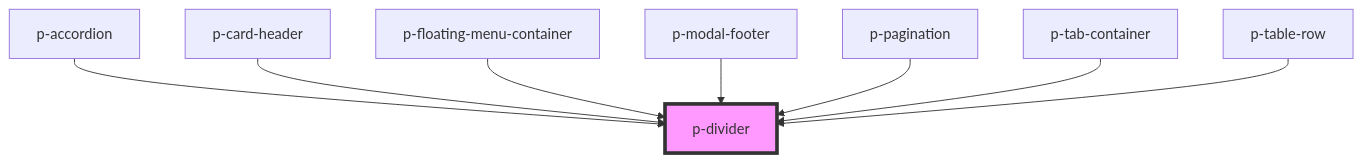
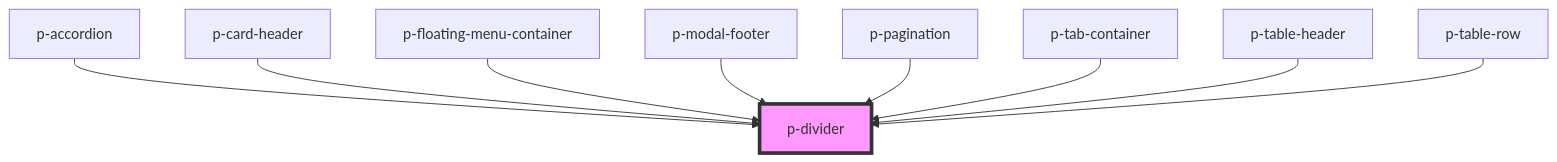
Before and after one commit to Employes/Paperless: the diagram in packages/core/src/components/atoms/divider/readme.md, drawn with Mermaid. The commit also changed other lines of this file and 118 other files, not shown here.

````diff
--- a/packages/core/src/components/atoms/divider/readme.md
+++ b/packages/core/src/components/atoms/divider/readme.md
@@ -28,11 +29,12 @@
 ```mermaid
 graph TD;
   p-accordion --> p-divider
   p-card-header --> p-divider
   p-floating-menu-container --> p-divider
   p-modal-footer --> p-divider
   p-pagination --> p-divider
   p-tab-container --> p-divider
+  p-table-header --> p-divider
   p-table-row --> p-divider
   style p-divider fill:#f9f,stroke:#333,stroke-width:4px
 ```
````
